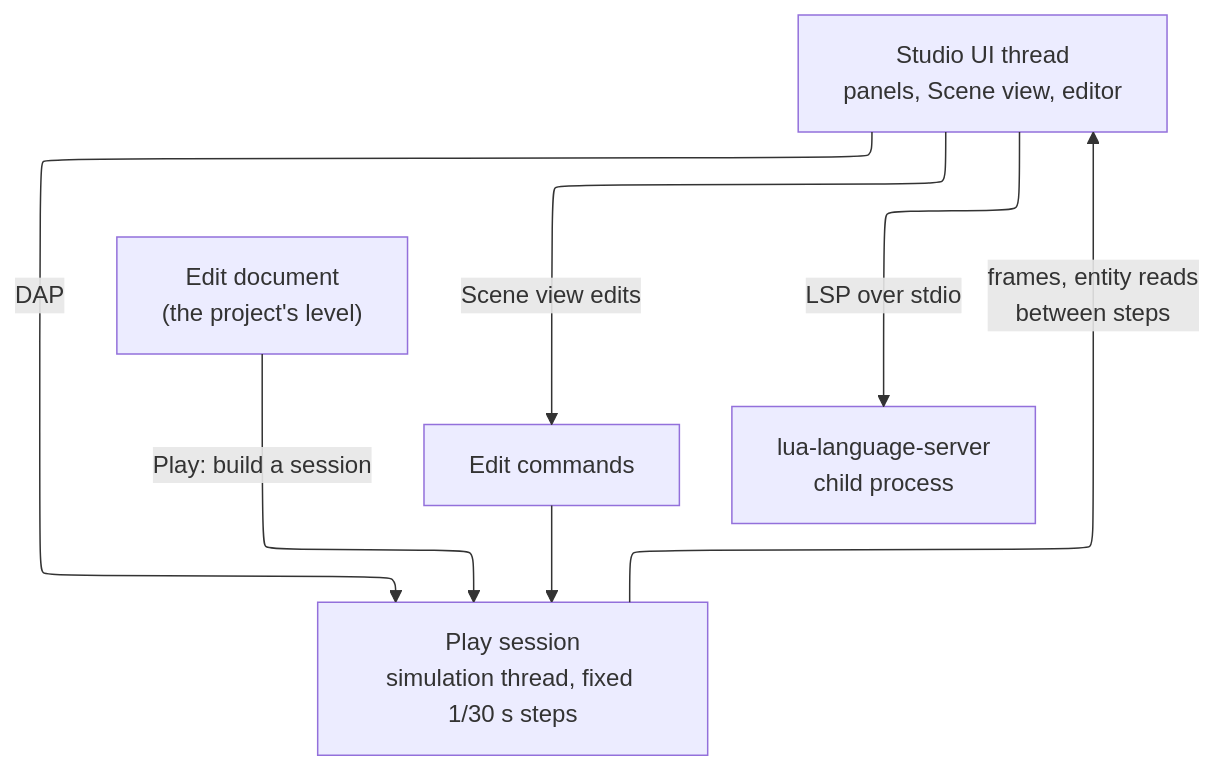
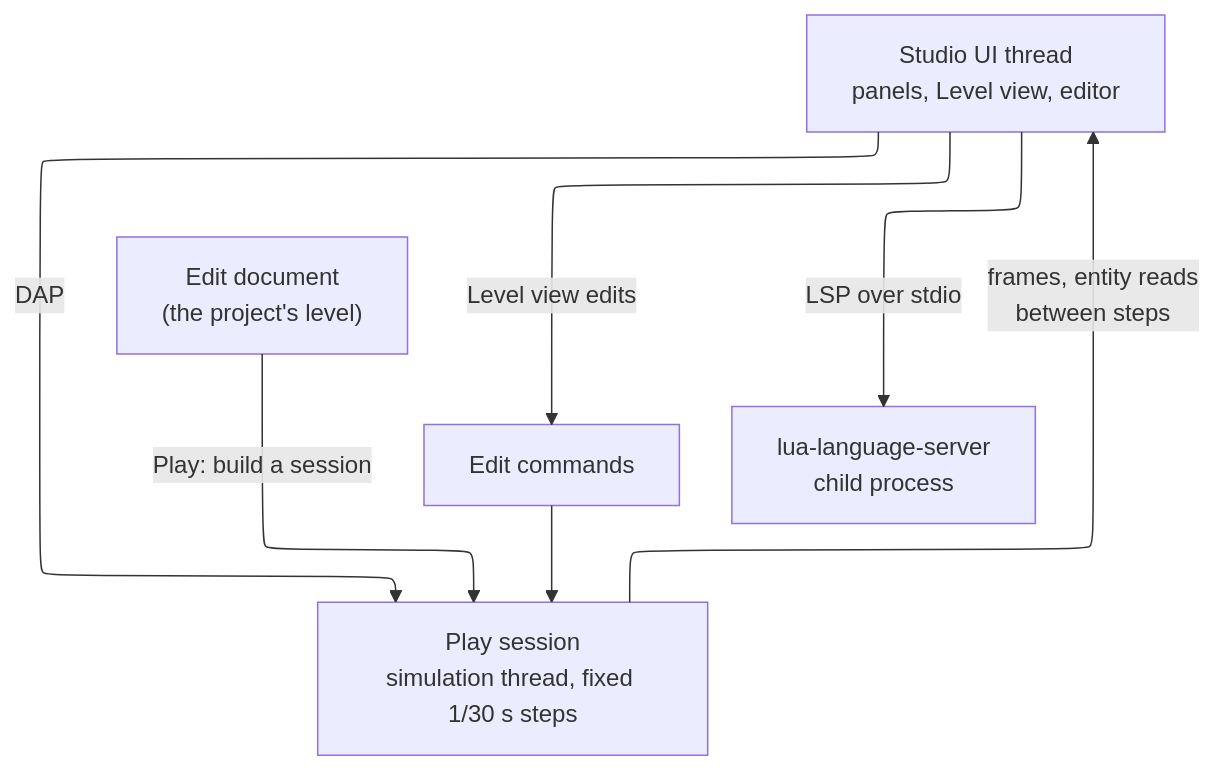
Before and after one commit to Ryubara/coney: the diagram in docs/guides/studio/technology.md, drawn with Mermaid. The commit also changed other lines of this file, not shown here.

First line of the commit message:
docs: Add the Studio test harness and Level terms to the technology page

````diff
--- a/docs/guides/studio/technology.md
+++ b/docs/guides/studio/technology.md
@@ -122,17 +179,17 @@
 ```mermaid
 ---
 config:
   layout: elk
 ---
 flowchart TB
   doc["Edit document<br/>(the project's level)"]
-  ui["Studio UI thread<br/>panels, Scene view, editor"]
+  ui["Studio UI thread<br/>panels, Level view, editor"]
   sim["Play session<br/>simulation thread, fixed 1/30 s steps"]
   q["Edit commands"]
   ls["lua-language-server<br/>child process"]
   doc -- "Play: build a session" --> sim
-  ui -- "Scene view edits" --> q --> sim
+  ui -- "Level view edits" --> q --> sim
   sim -- "frames, entity reads<br/>between steps" --> ui
   ui -- "LSP over stdio" --> ls
   ui -- "DAP" --> sim
 ```
````
